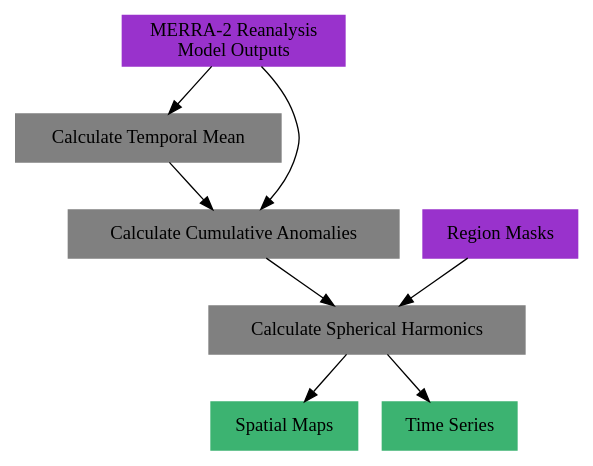
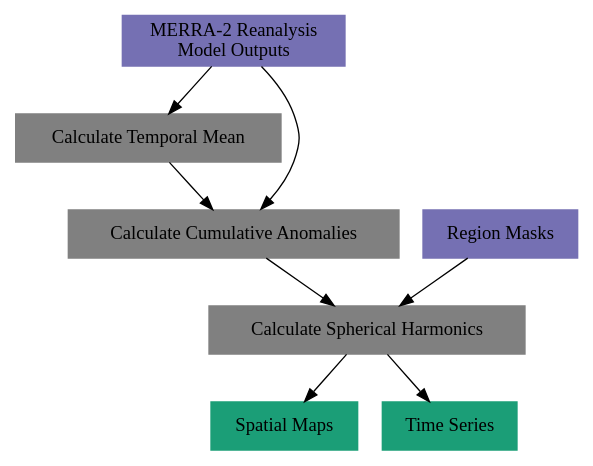
One commit to tsutterley/model-harmonics changed the fifth of 5 diagrams in doc/source/getting_started/Overview.rst. Above: the diagram before and after it, drawn with Graphviz. The commit also changed other lines of this file and 6 other files, not shown here.

```diff
--- a/doc/source/getting_started/Overview.rst
+++ b/doc/source/getting_started/Overview.rst
@@ -236,25 +236,25 @@
 .. graphviz::
     :caption: Surface Mass Balance Spherical Harmonics Framework
     :align: center
 
     digraph {
-        E [label="MERRA-2 Reanalysis\nModel Outputs" shape=box style="filled" color="darkorchid"]
-        L [label="Region Masks" shape=box style="filled" color="darkorchid"]
+        E [label="MERRA-2 Reanalysis\nModel Outputs" shape=box style="filled" color="#7570b3"]
+        L [label="Region Masks" shape=box style="filled" color="#7570b3"]
         M [URL="https://github.com/tsutterley/model-harmonics/blob/main/SMB/merra_smb_mean.py"
             label="Calculate Temporal Mean" shape=box style="filled" color="gray"]
         R [URL="https://github.com/tsutterley/model-harmonics/blob/main/SMB/merra_smb_cumulative.py"
             label="Calculate Cumulative Anomalies" shape=box style="filled" color="gray"]
         H [URL="https://github.com/tsutterley/model-harmonics/blob/main/SMB/merra_smb_harmonics.py"
             label="Calculate Spherical Harmonics" shape=box style="filled" color="gray"]
-        S [URL="https://github.com/tsutterley/read-GRACE-harmonics/blob/main/scripts/combine_harmonics.py"
-            label="Spatial Maps" shape=box style="filled" color="mediumseagreen"]
+        S [URL="https://github.com/tsutterley/gravity-toolkit/blob/main/scripts/combine_harmonics.py"
+            label="Spatial Maps" shape=box style="filled" color="#1b9e77"]
         T [URL="https://github.com/tsutterley/model-harmonics/blob/main/scripts/least_squares_mascon_timeseries.py"
-            label="Time Series" shape=box style="filled" color="mediumseagreen"]
+            label="Time Series" shape=box style="filled" color="#1b9e77"]
         E -> M
         E -> R
         M -> R
         R -> H
         L -> H
         H -> S
         H -> T
     }
```
